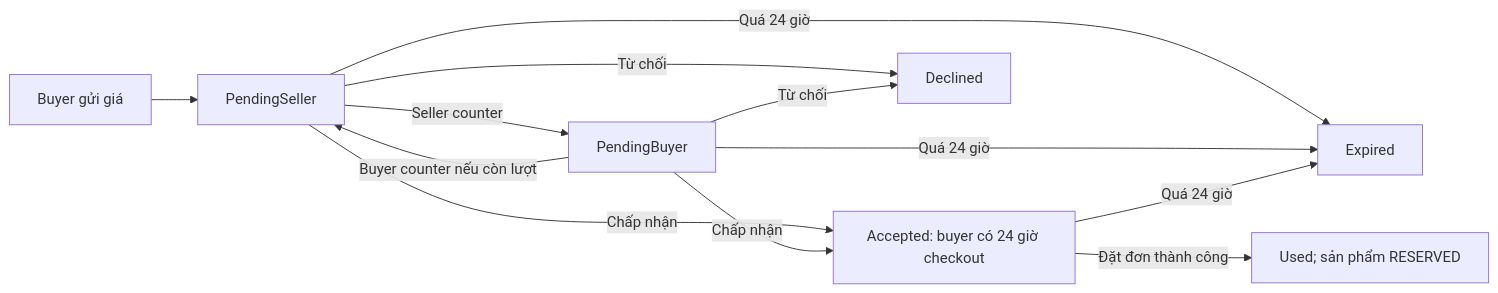
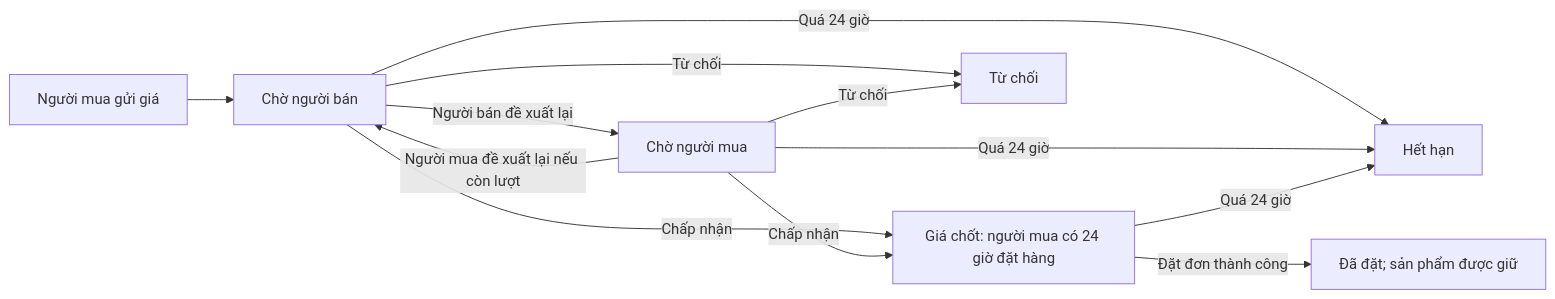
The second of 2 diagrams in README.md (HoangMinhTrong/CoCoRetrade), drawn with Mermaid before and after one commit. The commit also changed other lines of this file and 118 other files, not shown here.

````diff
--- a/README.md
+++ b/README.md
@@ -126,14 +135,14 @@
 ```mermaid
 flowchart LR
-    A["Buyer gửi giá"] --> B["PendingSeller"]
-    B -->|Chấp nhận| E["Accepted: buyer có 24 giờ checkout"]
-    B -->|Từ chối| D["Declined"]
-    B -->|Seller counter| C["PendingBuyer"]
+    A["Người mua gửi giá"] --> B["Chờ người bán"]
+    B -->|Chấp nhận| E["Giá chốt: người mua có 24 giờ đặt hàng"]
+    B -->|Từ chối| D["Từ chối"]
+    B -->|Người bán đề xuất lại| C["Chờ người mua"]
     C -->|Chấp nhận| E
     C -->|Từ chối| D
-    C -->|Buyer counter nếu còn lượt| B
-    B -->|Quá 24 giờ| X["Expired"]
+    C -->|Người mua đề xuất lại nếu còn lượt| B
+    B -->|Quá 24 giờ| X["Hết hạn"]
     C -->|Quá 24 giờ| X
     E -->|Quá 24 giờ| X
-    E -->|Đặt đơn thành công| U["Used; sản phẩm RESERVED"]
+    E -->|Đặt đơn thành công| U["Đã đặt; sản phẩm được giữ"]
 ```
````
